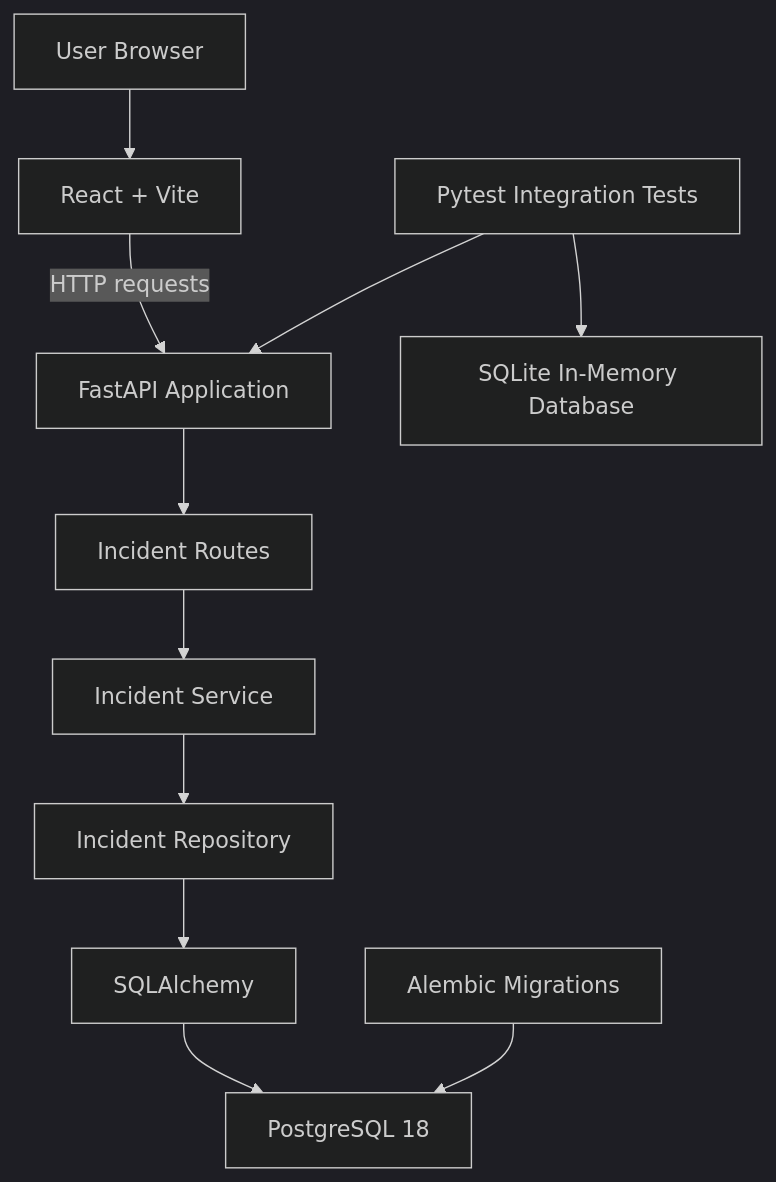
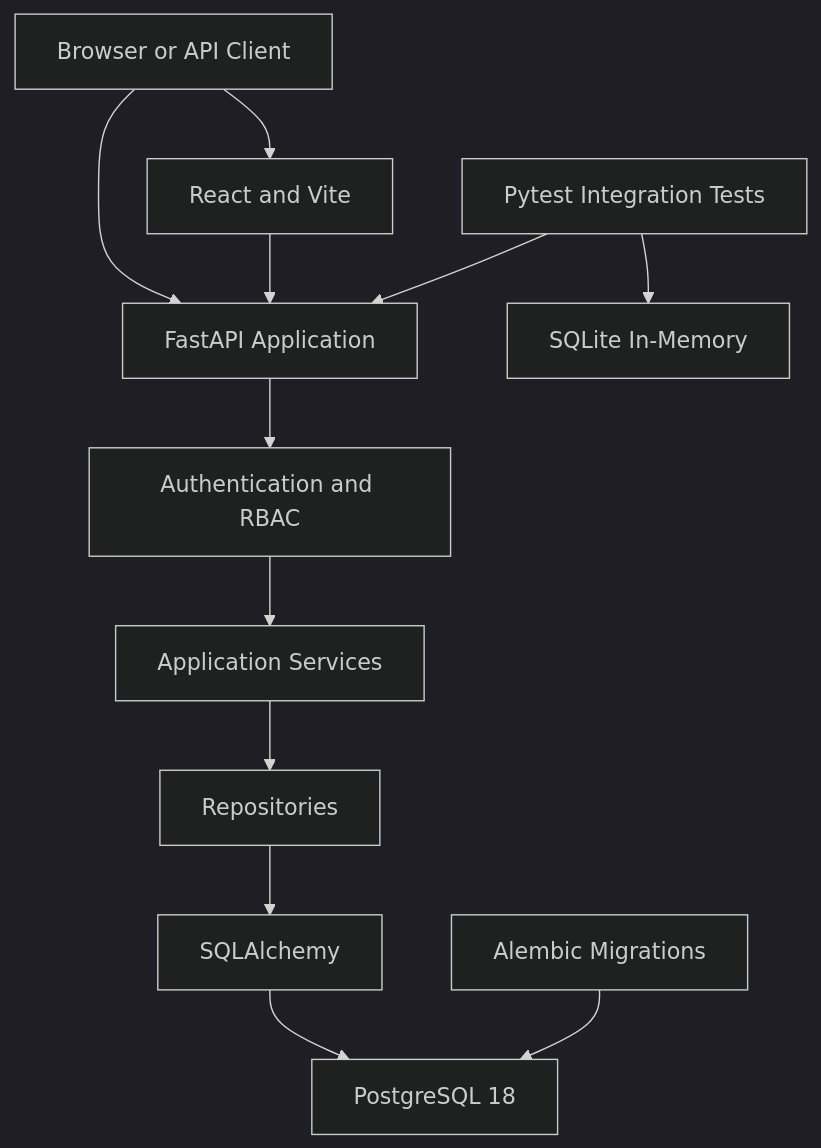
Before and after one commit to AJooujee/Software_Engineering_Career_Projects: the first of 2 diagrams in cloud-deployed-full-stack-system/docs/architecture.md, drawn with Mermaid (dark theme). The commit also changed other lines of this file and 27 other files, not shown here.

````diff
--- a/cloud-deployed-full-stack-system/docs/architecture.md
+++ b/cloud-deployed-full-stack-system/docs/architecture.md
@@ -11,25 +11,26 @@
 ```mermaid
 flowchart TD
-    User["User Browser"]
-    Frontend["React + Vite"]
+    Client["Browser or API Client"]
+    Frontend["React and Vite"]
     API["FastAPI Application"]
-    Routes["Incident Routes"]
-    Service["Incident Service"]
-    Repository["Incident Repository"]
+    Security["Authentication and RBAC"]
+    Services["Application Services"]
+    Repositories["Repositories"]
     ORM["SQLAlchemy"]
-    Database["PostgreSQL 18"]
-    Migrations["Alembic Migrations"]
+    PostgreSQL["PostgreSQL 18"]
+    Alembic["Alembic Migrations"]
     Tests["Pytest Integration Tests"]
-    TestDatabase["SQLite In-Memory Database"]
+    SQLite["SQLite In-Memory"]
 
-    User --> Frontend
-    Frontend -->|"HTTP requests"| API
-    API --> Routes
-    Routes --> Service
-    Service --> Repository
-    Repository --> ORM
-    ORM --> Database
-    Migrations --> Database
+    Client --> Frontend
+    Client --> API
+    Frontend --> API
+    API --> Security
+    Security --> Services
+    Services --> Repositories
+    Repositories --> ORM
+    ORM --> PostgreSQL
+    Alembic --> PostgreSQL
     Tests --> API
-    Tests --> TestDatabase
+    Tests --> SQLite
 ```
````
